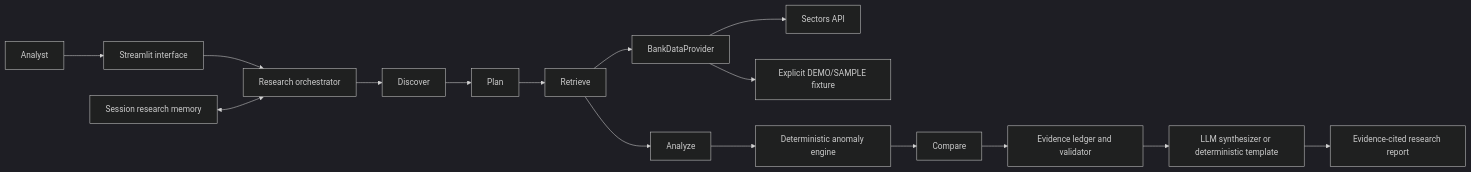
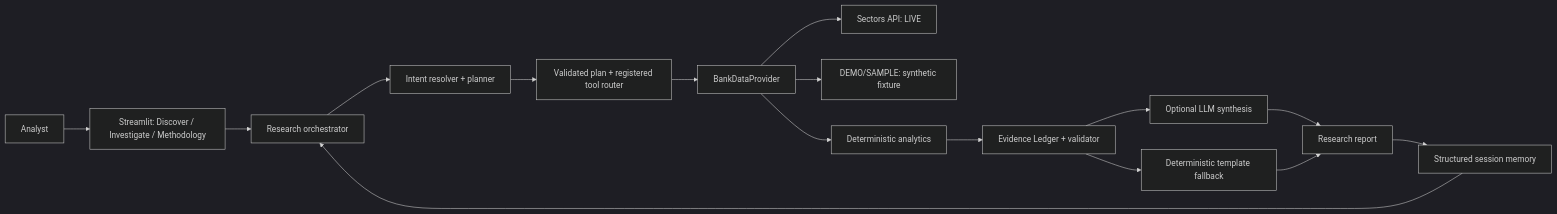
The diagram in README.md (duleab/NUSA-INTELLIGENCE), drawn with Mermaid (dark theme) before and after one commit. The commit also changed other lines of this file and 18 other files, not shown here.

````diff
--- a/README.md
+++ b/README.md
@@ -48,18 +50,18 @@
 ```mermaid
 flowchart LR
-    Analyst --> UI[Streamlit interface]
+    Analyst --> UI[Streamlit: Discover / Investigate / Methodology]
     UI --> Agent[Research orchestrator]
-    Memory[Session research memory] <--> Agent
-    Agent --> Discover[Discover]
-    Discover --> Plan[Plan]
-    Plan --> Retrieve[Retrieve]
-    Retrieve --> Provider[BankDataProvider]
-    Provider --> Sectors[Sectors API]
-    Provider --> Fixture[Explicit DEMO/SAMPLE fixture]
-    Retrieve --> Analyze[Analyze]
-    Analyze --> Engine[Deterministic anomaly engine]
-    Engine --> Compare[Compare]
-    Compare --> Verify[Evidence ledger and validator]
-    Verify --> Explain[LLM synthesizer or deterministic template]
-    Explain --> Report[Evidence-cited research report]
+    Agent --> Intent[Intent resolver + planner]
+    Intent --> Router[Validated plan + registered tool router]
+    Router --> Provider[BankDataProvider]
+    Provider --> Sectors[Sectors API: LIVE]
+    Provider --> Fixture[DEMO/SAMPLE: synthetic fixture]
+    Provider --> Analytics[Deterministic analytics]
+    Analytics --> Ledger[Evidence Ledger + validator]
+    Ledger --> Synthesis[Optional LLM synthesis]
+    Ledger --> Template[Deterministic template fallback]
+    Synthesis --> Report[Research report]
+    Template --> Report
+    Report --> Memory[Structured session memory]
+    Memory --> Agent
 ```
````
